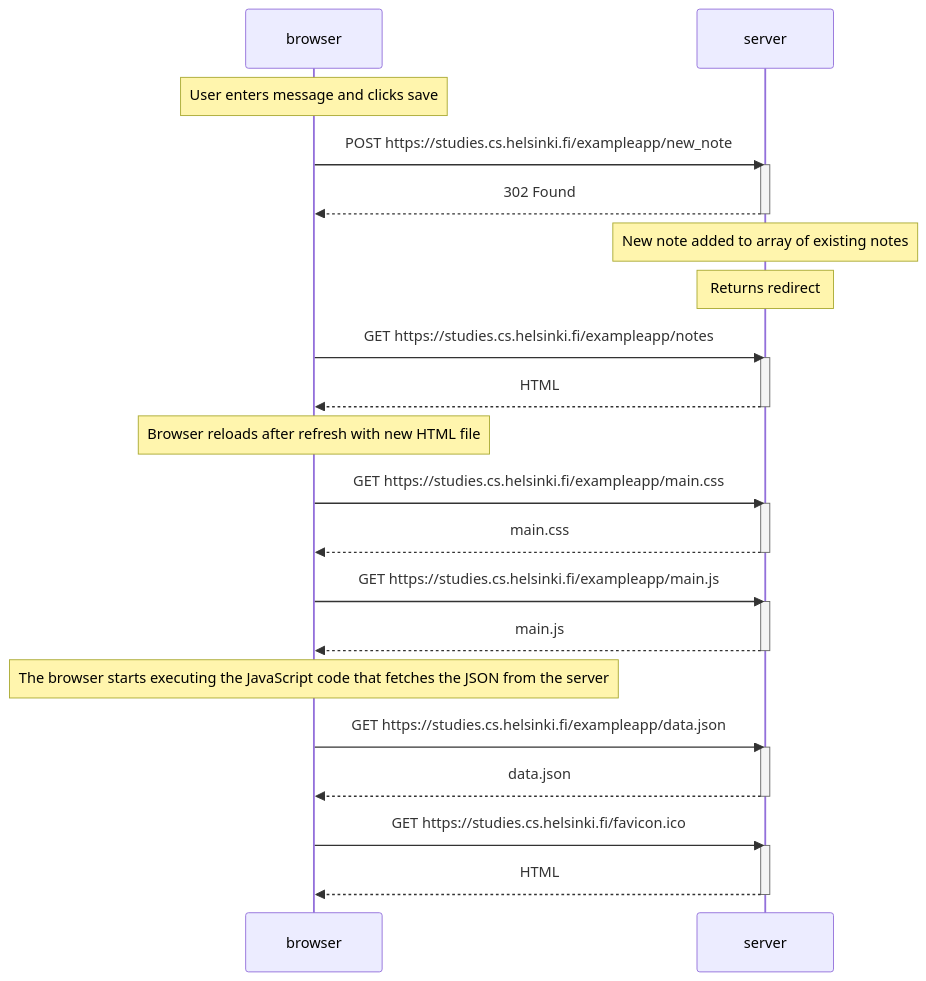
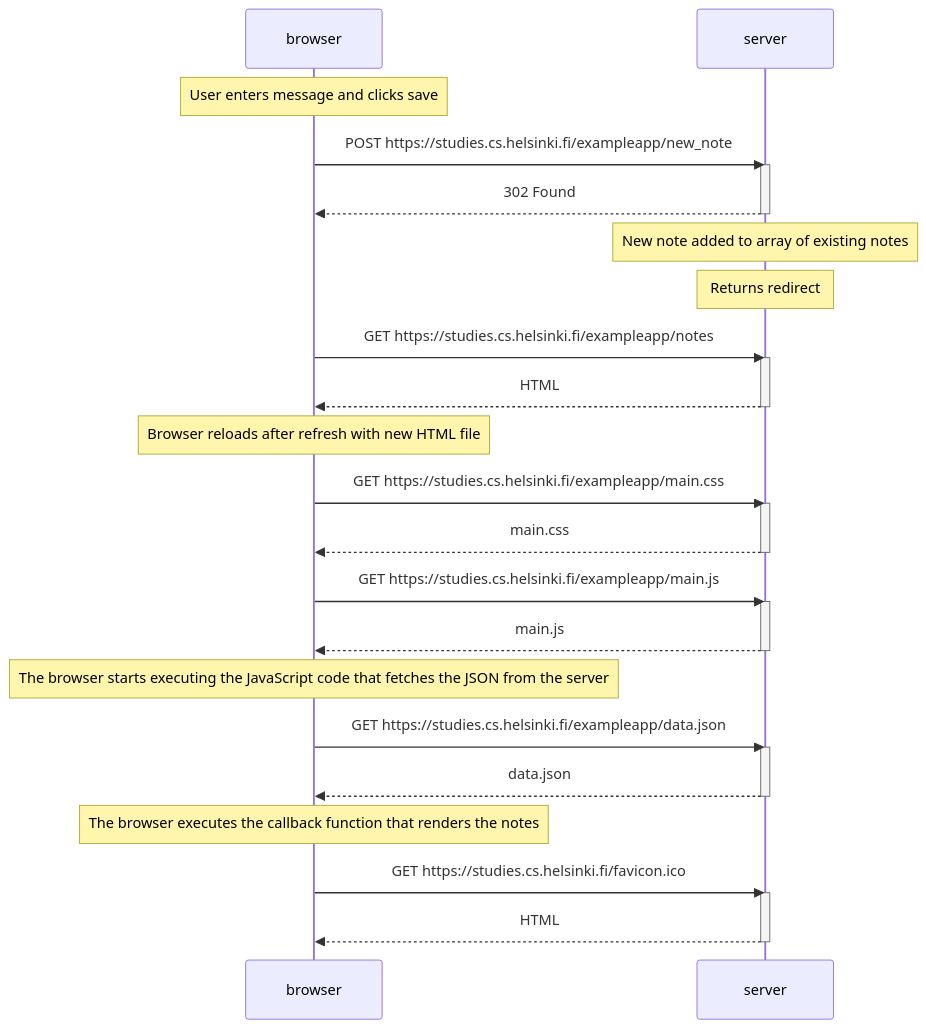
One commit to joekbullard/helsinki-mooc changed the diagram in part0/0.4.md. Above: the diagram before and after it, drawn with Mermaid.

````diff
--- a/part0/0.4.md
+++ b/part0/0.4.md
@@ -1,46 +1,48 @@
 ```mermaid
 sequenceDiagram
     participant browser
     participant server
     
     Note over browser: User enters message and clicks save
     
     browser->>server: POST https://studies.cs.helsinki.fi/exampleapp/new_note
     activate server
     server-->>browser: 302 Found
     deactivate server
     
     Note over server: New note added to array of existing notes
     
     Note over server: Returns redirect
     
     browser->>server: GET https://studies.cs.helsinki.fi/exampleapp/notes
     activate server
     server-->>browser: HTML
     deactivate server
     
     Note over browser: Browser reloads after refresh with new HTML file
     
     browser->>server: GET https://studies.cs.helsinki.fi/exampleapp/main.css
     activate server
     server-->>browser: main.css
     deactivate server
 
     browser->>server: GET https://studies.cs.helsinki.fi/exampleapp/main.js
     activate server
     server-->>browser: main.js
     deactivate server
     
     Note over browser: The browser starts executing the JavaScript code that fetches the JSON from the server
     
     browser->>server: GET https://studies.cs.helsinki.fi/exampleapp/data.json
     activate server
     server-->>browser: data.json
     deactivate server
     
+    Note over browser: The browser executes the callback function that renders the notes
+    
     browser->>server: GET https://studies.cs.helsinki.fi/favicon.ico
     activate server
     server-->>browser: HTML
     deactivate server
 
 ```    
````
